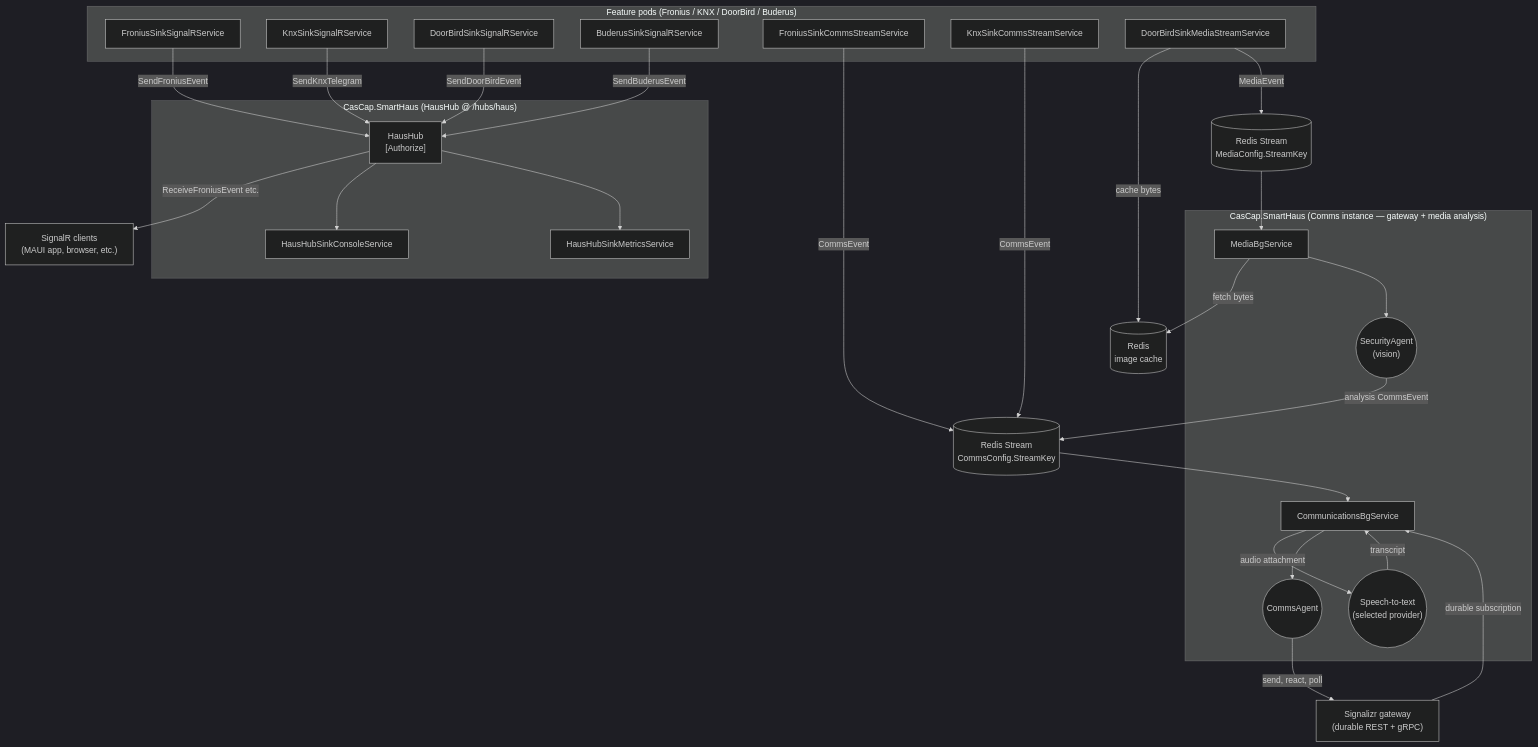
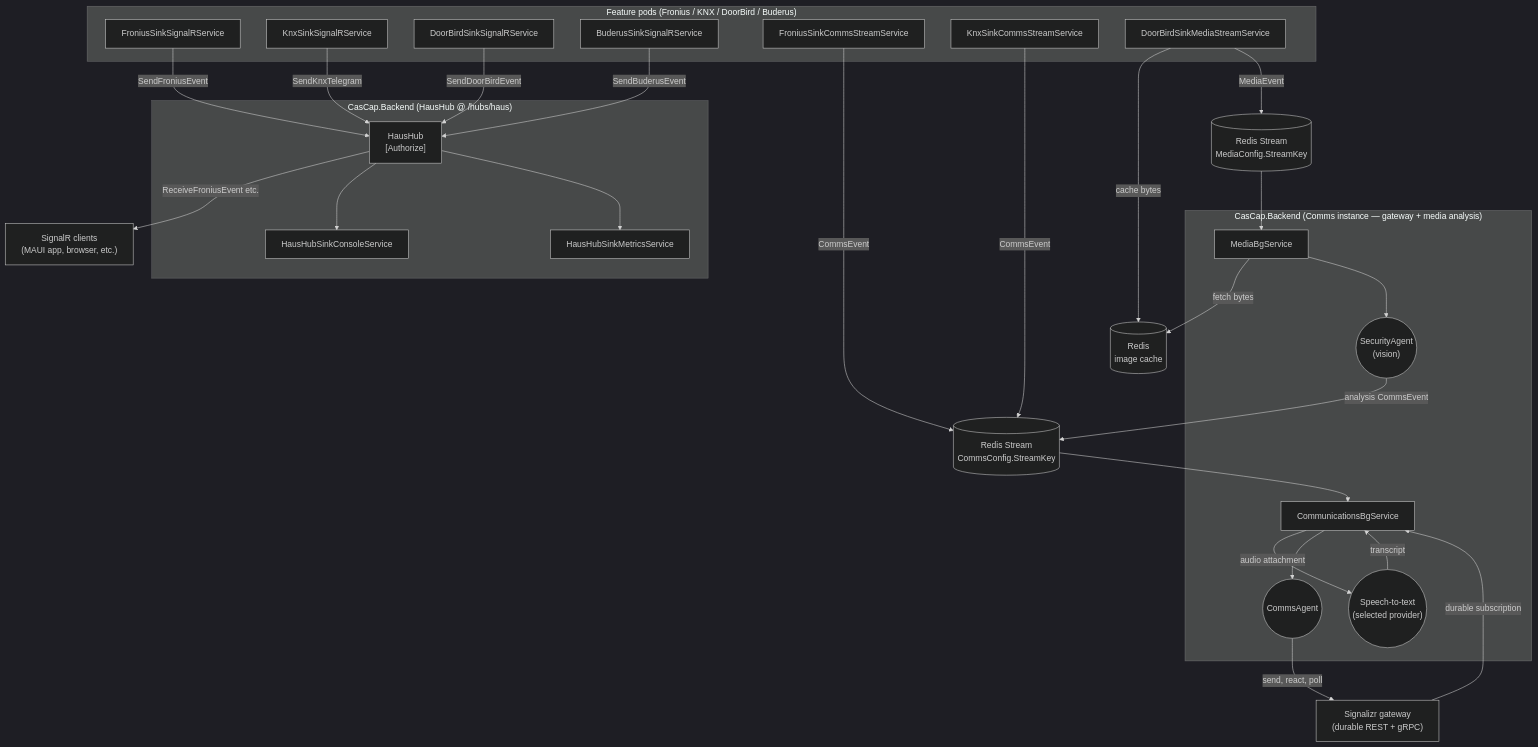
The second of 4 diagrams in src/CasCap.Backend/README.md (f2calv/SmartHaus), drawn with Mermaid (dark theme) before and after one commit. The commit also changed other lines of this file and 37 other files, not shown here.

````diff
--- a/src/CasCap.Backend/README.md
+++ b/src/CasCap.Backend/README.md
@@ -306,61 +306,61 @@
 ```mermaid
 flowchart TD
     subgraph FeaturePods["Feature pods (Fronius / KNX / DoorBird / Buderus)"]
         FRONIUS_SINK["FroniusSinkSignalRService"]
         KNX_SINK["KnxSinkSignalRService"]
         DOORBIRD_SINK["DoorBirdSinkSignalRService"]
         BUDERUS_SINK["BuderusSinkSignalRService"]
         FRONIUS_COMMS["FroniusSinkCommsStreamService"]
         KNX_COMMS["KnxSinkCommsStreamService"]
         DOORBIRD_MEDIA["DoorBirdSinkMediaStreamService"]
     end
 
-    subgraph Hub["CasCap.SmartHaus (HausHub @ /hubs/haus)"]
+    subgraph Hub["CasCap.Backend (HausHub @ /hubs/haus)"]
         HAUSHUB["HausHub\n[Authorize]"]
         HUB_CONSOLE["HausHubSinkConsoleService"]
         HUB_METRICS["HausHubSinkMetricsService"]
     end
 
-    subgraph Comms["CasCap.SmartHaus (Comms instance — gateway + media analysis)"]
+    subgraph Comms["CasCap.Backend (Comms instance — gateway + media analysis)"]
         COMMS_BG["CommunicationsBgService"]
         COMMS_AGENT(("CommsAgent"))
         STT(("Speech-to-text\n(selected provider)"))
         MEDIA_BG["MediaBgService"]
         SECURITY_AGENT(("SecurityAgent\n(vision)"))
     end
 
     MEDIA_STREAM[("Redis Stream\nMediaConfig.StreamKey")]
     COMMS_STREAM[("Redis Stream\nCommsConfig.StreamKey")]
     REDIS_CACHE[("Redis\nimage cache")]
     CLIENTS["SignalR clients\n(MAUI app, browser, etc.)"]
     SIGNALIZR["Signalizr gateway\n(durable REST + gRPC)"]
 
     %% SignalR path
     FRONIUS_SINK -->|SendFroniusEvent| HAUSHUB
     KNX_SINK -->|SendKnxTelegram| HAUSHUB
     DOORBIRD_SINK -->|SendDoorBirdEvent| HAUSHUB
     BUDERUS_SINK -->|SendBuderusEvent| HAUSHUB
     HAUSHUB -->|ReceiveFroniusEvent etc.| CLIENTS
     HAUSHUB --> HUB_CONSOLE
     HAUSHUB --> HUB_METRICS
 
     %% Comms stream path (text events)
     FRONIUS_COMMS -->|CommsEvent| COMMS_STREAM
     KNX_COMMS -->|CommsEvent| COMMS_STREAM
 
     %% Media stream path (binary media)
     DOORBIRD_MEDIA -->|cache bytes| REDIS_CACHE
     DOORBIRD_MEDIA -->|MediaEvent| MEDIA_STREAM
     MEDIA_STREAM --> MEDIA_BG
     MEDIA_BG -->|fetch bytes| REDIS_CACHE
     MEDIA_BG --> SECURITY_AGENT
     SECURITY_AGENT -->|analysis CommsEvent| COMMS_STREAM
 
     %% CommsAgent gateway
     COMMS_STREAM --> COMMS_BG
     COMMS_BG -->|audio attachment| STT
     STT -->|transcript| COMMS_BG
     COMMS_BG --> COMMS_AGENT
     COMMS_AGENT -->|send, react, poll| SIGNALIZR
     SIGNALIZR -->|durable subscription| COMMS_BG
 ```
````
